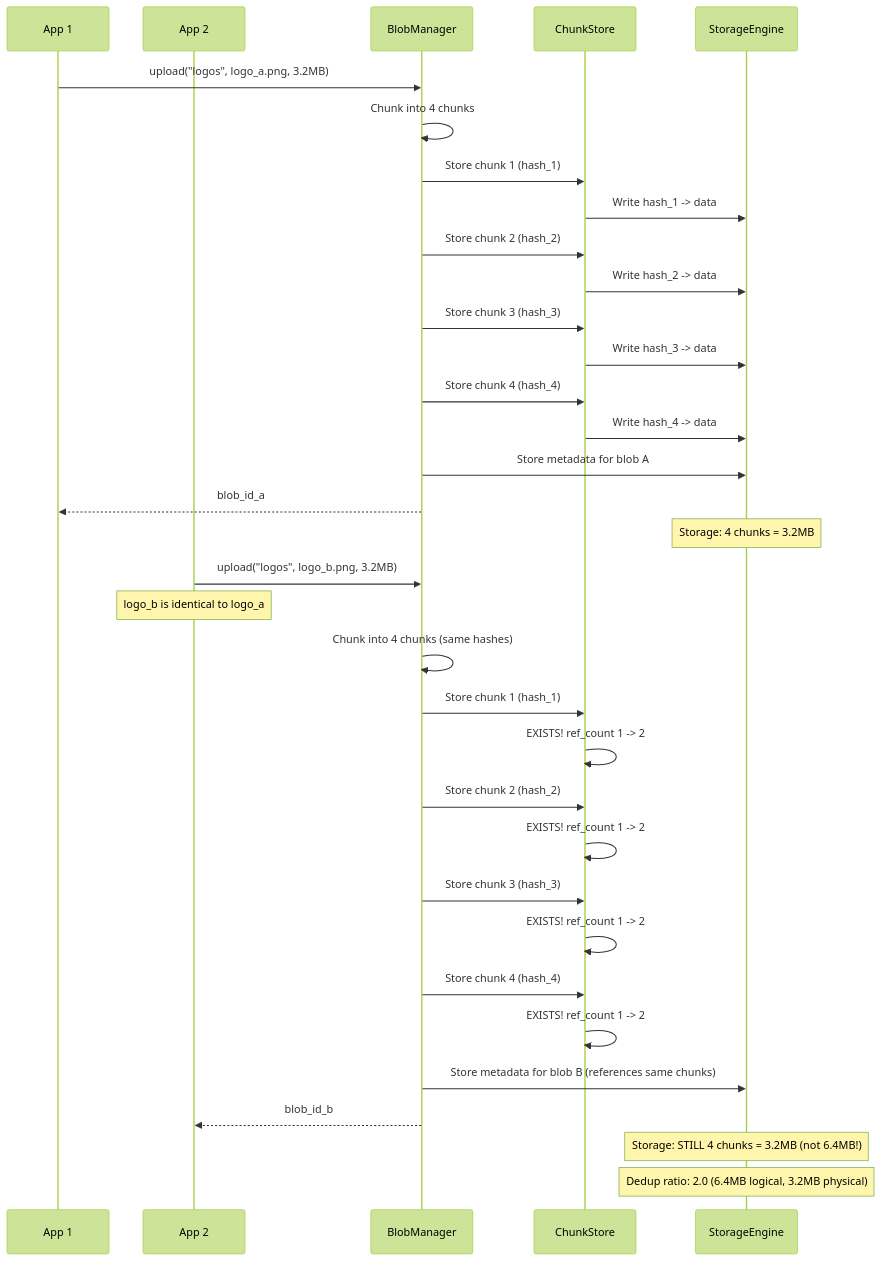
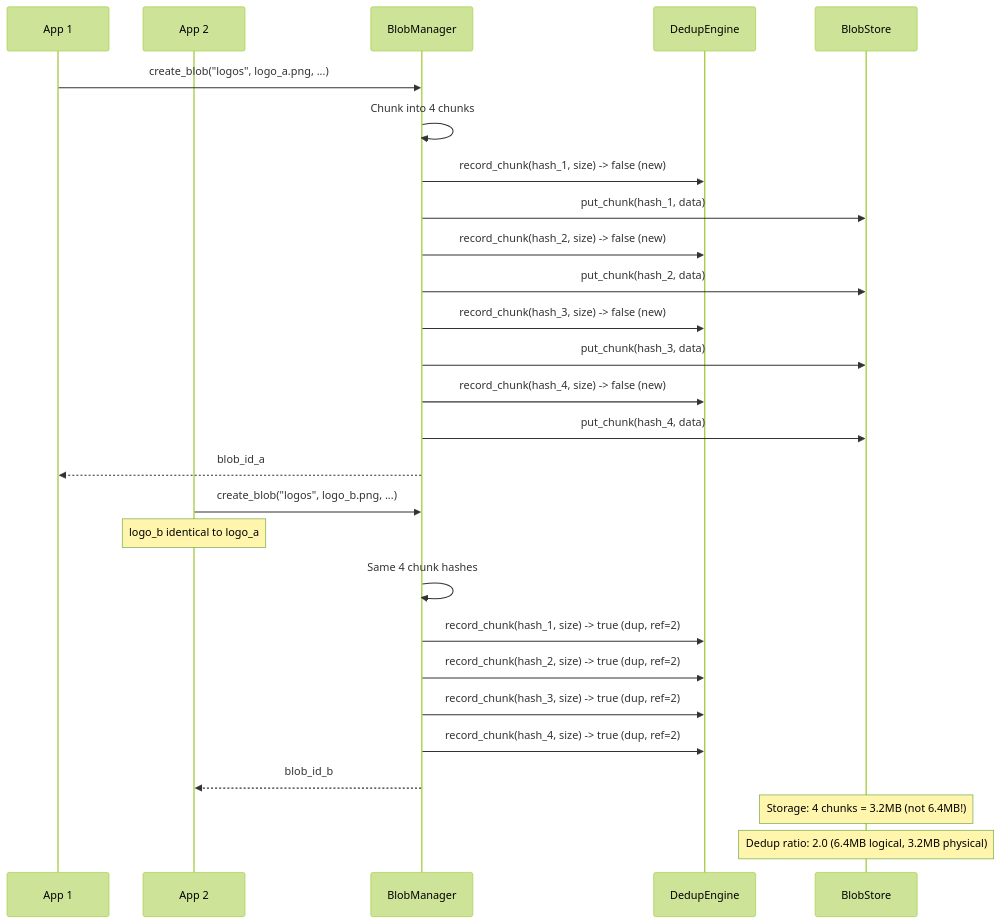
Before and after one commit to Icarus-afk/Nova-Runtime: the sixth of 12 diagrams in docs/20-blob-storage.md, drawn with Mermaid (forest theme). The commit also changed other lines of this file and 7 other files, not shown here.

First line of the commit message:
Update architecture docs to match Phase 3 implementation

````diff
--- a/docs/20-blob-storage.md
+++ b/docs/20-blob-storage.md
@@ -1456,43 +932,36 @@
 ```mermaid
 sequenceDiagram
     participant A1 as App 1
     participant A2 as App 2
     participant BM as BlobManager
-    participant CH as ChunkStore
-    participant SE as StorageEngine
+    participant DE as DedupEngine
+    participant ST as BlobStore
 
-    A1->>BM: upload("logos", logo_a.png, 3.2MB)
+    A1->>BM: create_blob("logos", logo_a.png, ...)
     BM->>BM: Chunk into 4 chunks
-    BM->>CH: Store chunk 1 (hash_1)
-    CH->>SE: Write hash_1 -> data
-    BM->>CH: Store chunk 2 (hash_2)
-    CH->>SE: Write hash_2 -> data
-    BM->>CH: Store chunk 3 (hash_3)
-    CH->>SE: Write hash_3 -> data
-    BM->>CH: Store chunk 4 (hash_4)
-    CH->>SE: Write hash_4 -> data
-    BM->>SE: Store metadata for blob A
+    
+    BM->>DE: record_chunk(hash_1, size) -> false (new)
+    BM->>ST: put_chunk(hash_1, data)
+    BM->>DE: record_chunk(hash_2, size) -> false (new)
+    BM->>ST: put_chunk(hash_2, data)
+    BM->>DE: record_chunk(hash_3, size) -> false (new)
+    BM->>ST: put_chunk(hash_3, data)
+    BM->>DE: record_chunk(hash_4, size) -> false (new)
+    BM->>ST: put_chunk(hash_4, data)
+    
     BM-->>A1: blob_id_a
     
-    Note over SE: Storage: 4 chunks = 3.2MB
+    A2->>BM: create_blob("logos", logo_b.png, ...)
+    Note over A2: logo_b identical to logo_a
+    BM->>BM: Same 4 chunk hashes
     
-    A2->>BM: upload("logos", logo_b.png, 3.2MB)
-    Note over A2: logo_b is identical to logo_a
+    BM->>DE: record_chunk(hash_1, size) -> true (dup, ref=2)
+    BM->>DE: record_chunk(hash_2, size) -> true (dup, ref=2)
+    BM->>DE: record_chunk(hash_3, size) -> true (dup, ref=2)
+    BM->>DE: record_chunk(hash_4, size) -> true (dup, ref=2)
     
-    BM->>BM: Chunk into 4 chunks (same hashes)
-    
-    BM->>CH: Store chunk 1 (hash_1)
-    CH->>CH: EXISTS! ref_count 1 -> 2
-    BM->>CH: Store chunk 2 (hash_2)
-    CH->>CH: EXISTS! ref_count 1 -> 2
-    BM->>CH: Store chunk 3 (hash_3)
-    CH->>CH: EXISTS! ref_count 1 -> 2
-    BM->>CH: Store chunk 4 (hash_4)
-    CH->>CH: EXISTS! ref_count 1 -> 2
-    
-    BM->>SE: Store metadata for blob B (references same chunks)
     BM-->>A2: blob_id_b
     
-    Note over SE: Storage: STILL 4 chunks = 3.2MB (not 6.4MB!)
-    Note over SE: Dedup ratio: 2.0 (6.4MB logical, 3.2MB physical)
+    Note over ST: Storage: 4 chunks = 3.2MB (not 6.4MB!)
+    Note over ST: Dedup ratio: 2.0 (6.4MB logical, 3.2MB physical)
 ```
````
